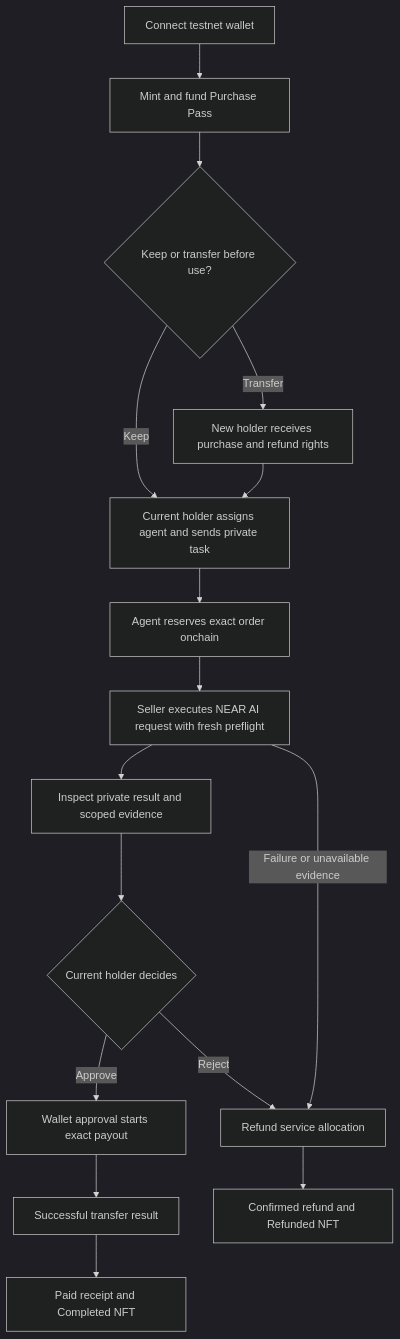
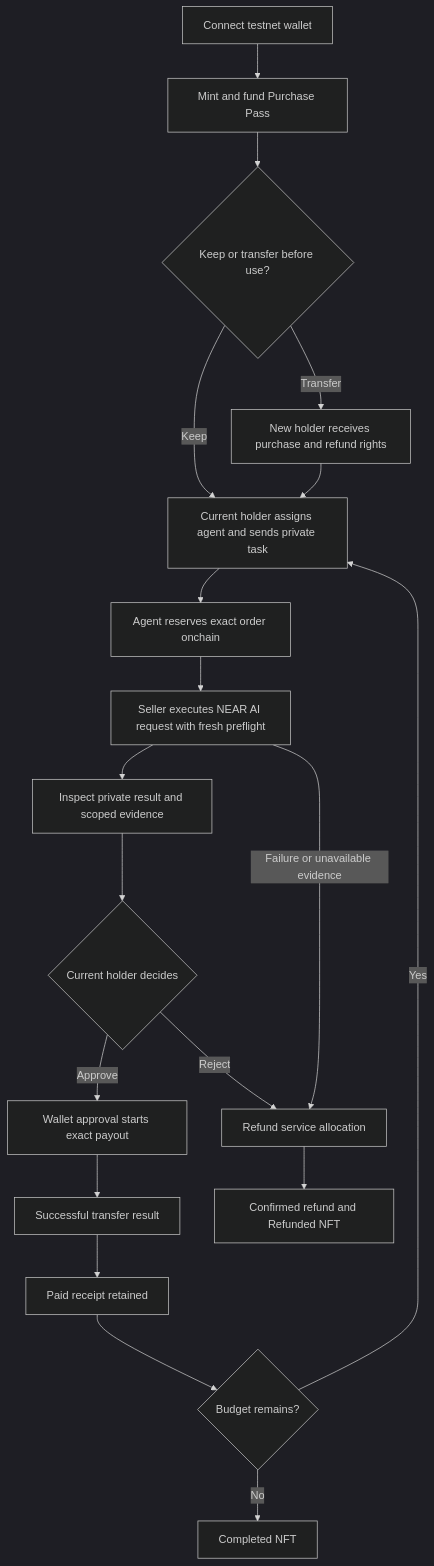
One commit to EndPx/proofbill changed the diagram in docs/planning/PRODUCT-SPEC.md. Above: the diagram before and after it, drawn with Mermaid (dark theme). The commit also changed other lines of this file and 18 other files, not shown here.

````diff
--- a/docs/planning/PRODUCT-SPEC.md
+++ b/docs/planning/PRODUCT-SPEC.md
@@ -98,18 +98,21 @@
 ```mermaid
 flowchart TD
   A[Connect testnet wallet] --> B[Mint and fund Purchase Pass]
   B --> C{Keep or transfer before use?}
   C -->|Keep| D[Current holder assigns agent and sends private task]
   C -->|Transfer| E[New holder receives purchase and refund rights]
   E --> D
   D --> F[Agent reserves exact order onchain]
   F --> G[Seller executes NEAR AI request with fresh preflight]
   G --> H[Inspect private result and scoped evidence]
   H --> I{Current holder decides}
   I -->|Approve| J[Wallet approval starts exact payout]
   J --> K[Successful transfer result]
-  K --> L[Paid receipt and Completed NFT]
+  K --> L[Paid receipt retained]
+  L --> O{Budget remains?}
+  O -->|Yes| D
+  O -->|No| P[Completed NFT]
   I -->|Reject| M[Refund service allocation]
   G -->|Failure or unavailable evidence| M
   M --> N[Confirmed refund and Refunded NFT]
 ```
````
